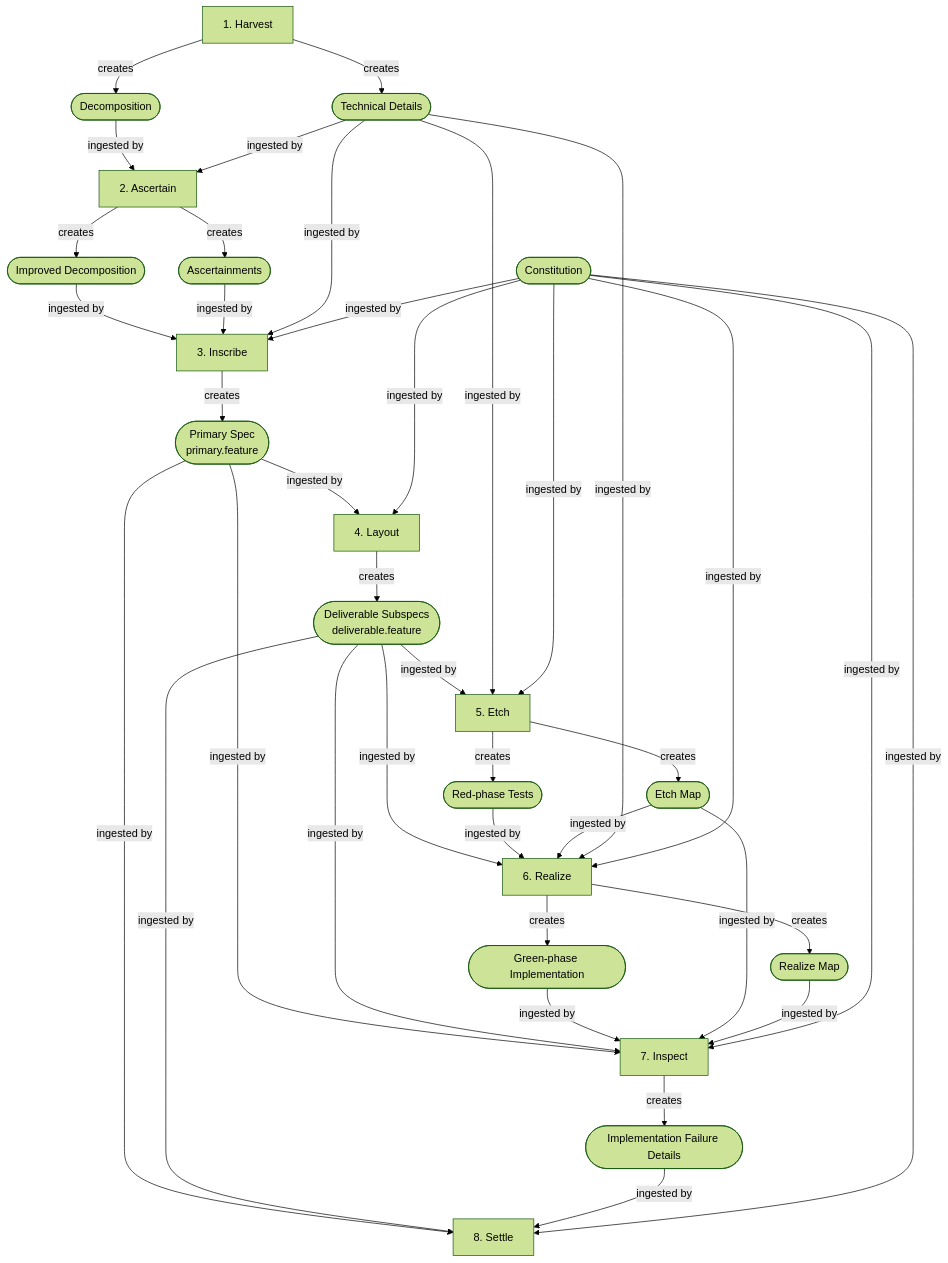
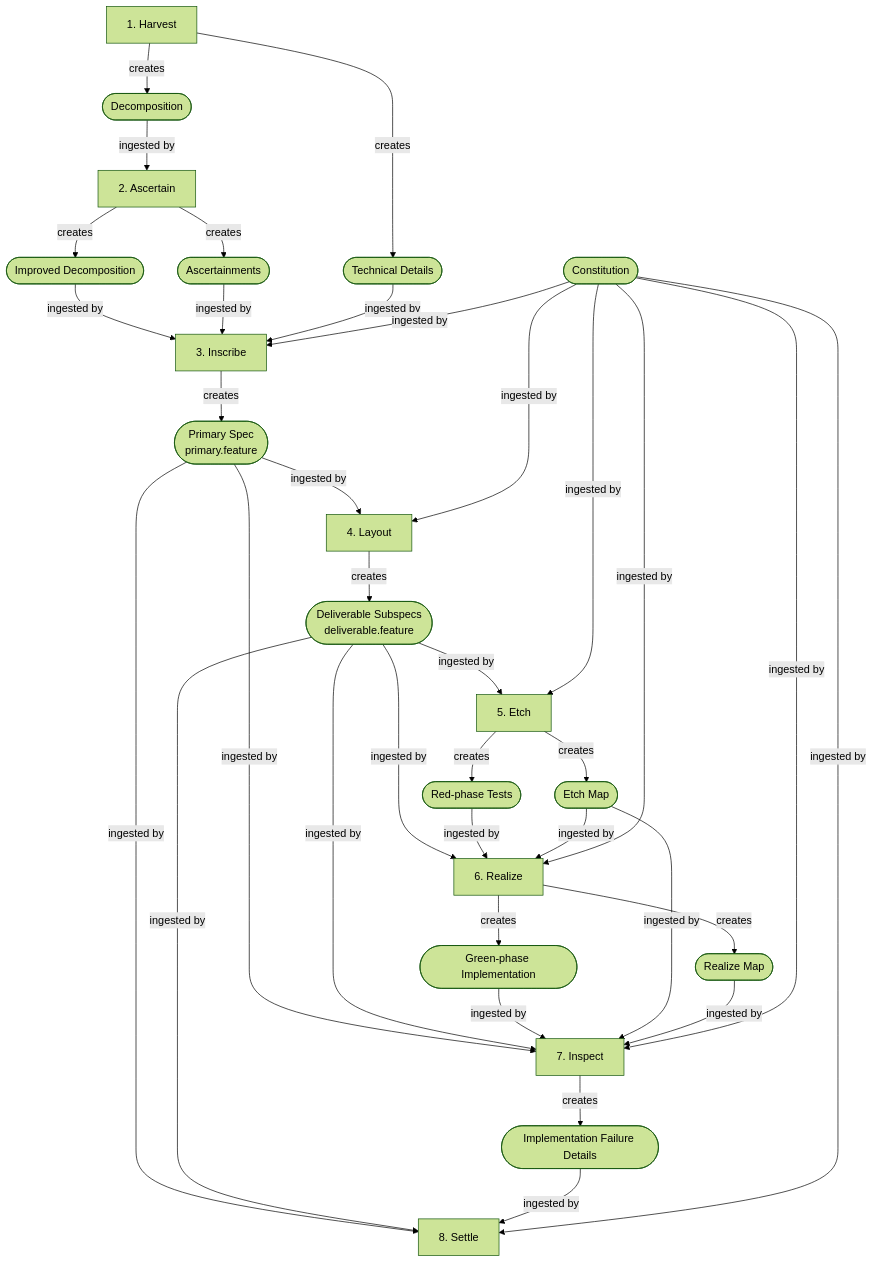
One commit to v0idbit/haileris changed the second of 5 diagrams in docs/diagrams/diagrams.md. Above: the diagram before and after it, drawn with Mermaid (forest theme). The commit also changed 6 other files, not shown here.

Commit message:
docs: fix artifact flow claims, diagram edges, and input lists across docs/

````diff
--- a/docs/diagrams/diagrams.md
+++ b/docs/diagrams/diagrams.md
@@ -65,58 +65,54 @@
 ```mermaid
 flowchart TD
     DEC([Decomposition])
     ID([Improved Decomposition])
     ASC([Ascertainments])
     PS([Primary Spec<br>primary.feature])
     CS([Deliverable Subspecs<br>deliverable.feature])
     RT([Red-phase Tests])
     ETM([Etch Map])
     GI([Green-phase Implementation])
     RM([Realize Map])
     IF([Implementation Failure Details])
     CON([Constitution])
 
     H[1. Harvest] -->|creates| DEC
     H -->|creates| TD([Technical Details])
     DEC -->|ingested by| A[2. Ascertain]
-    TD -->|ingested by| A
-
     A -->|creates| ID
     A -->|creates| ASC
     ID -->|ingested by| I[3. Inscribe]
     ASC -->|ingested by| I
     TD -->|ingested by| I
     CON -->|ingested by| I
 
     I -->|creates| PS
     PS -->|ingested by| L[4. Layout]
     CON -->|ingested by| L
 
     L -->|creates| CS
     CS -->|ingested by| E[5. Etch]
-    TD -->|ingested by| E
     CON -->|ingested by| E
 
     E -->|creates| RT
     E -->|creates| ETM
     CS -->|ingested by| R[6. Realize]
     RT -->|ingested by| R
     ETM -->|ingested by| R
-    TD -->|ingested by| R
     CON -->|ingested by| R
 
     R -->|creates| GI
     R -->|creates| RM
     PS -->|ingested by| IN[7. Inspect]
     CS -->|ingested by| IN
     GI -->|ingested by| IN
     ETM -->|ingested by| IN
     RM -->|ingested by| IN
     CON -->|ingested by| IN
 
     IN -->|creates| IF
     PS -->|ingested by| S[8. Settle]
     CS -->|ingested by| S
     IF -->|ingested by| S
     CON -->|ingested by| S
 ```
````
